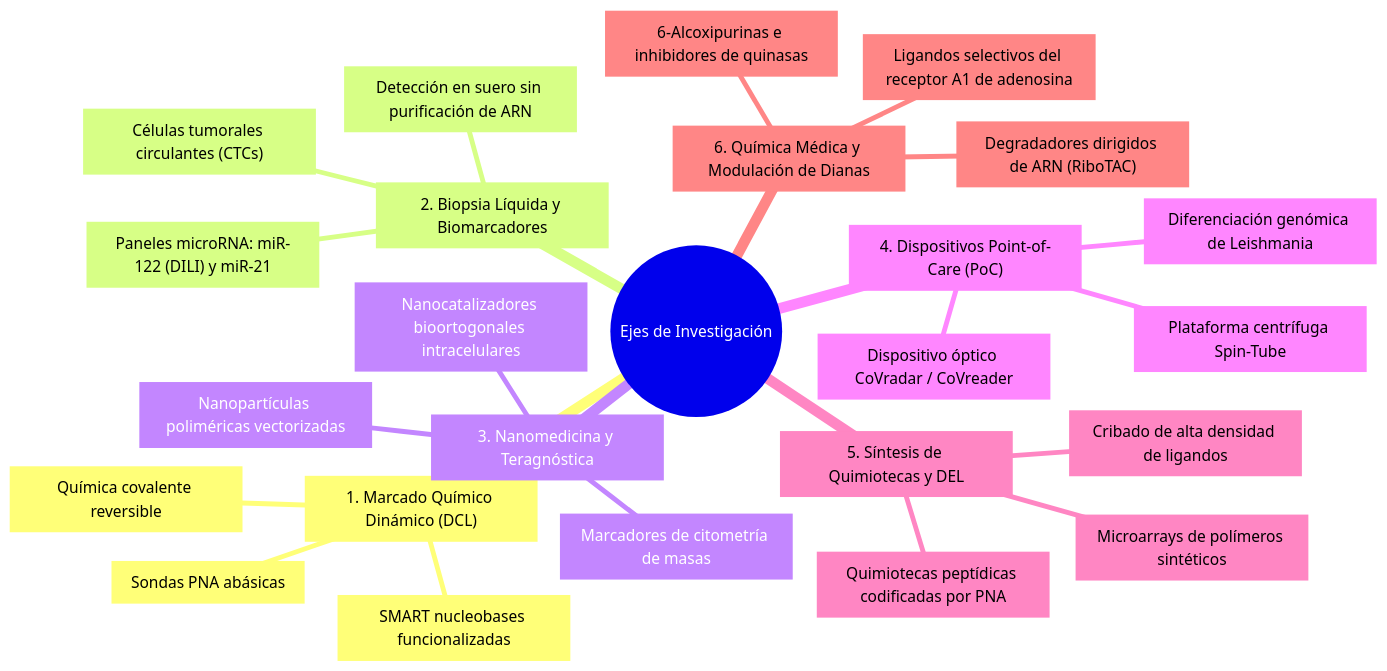
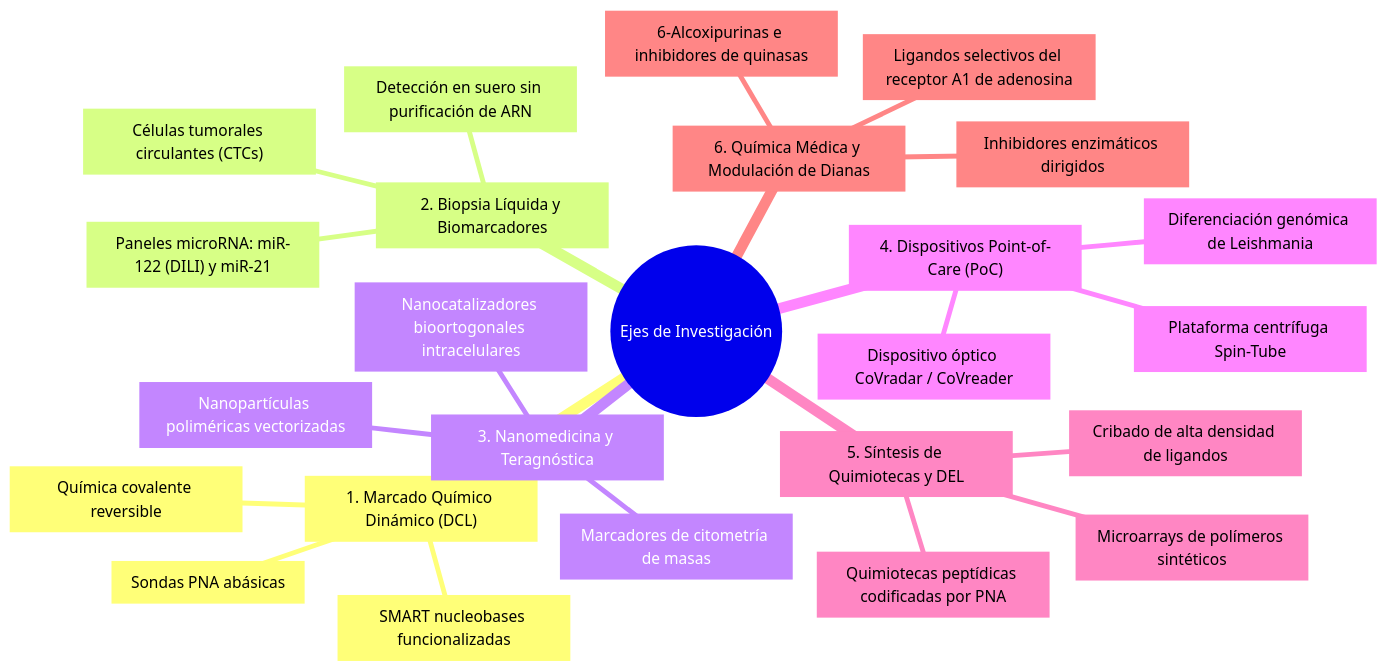
One commit to jjdmochon/Catedra-UGR-31-7-2026 changed the diagram in wiki/profile/Research_Overview.md. Above: the diagram before and after it, drawn with Mermaid. The commit also changed other lines of this file and 21 other files, not shown here.

Commit message:
feat(concurso): Incorporar documentacion oficial de solicitud y tasas UGR, acreditacion ANECA y eliminar metodos no desarrollados (RiboTAC, drug2cell, Micro-C)

````diff
--- a/wiki/profile/Research_Overview.md
+++ b/wiki/profile/Research_Overview.md
@@ -19,28 +19,28 @@
 ```mermaid
 mindmap
   root((Ejes de Investigación))
     id1["1. Marcado Químico Dinámico (DCL)"]
       ["Química covalente reversible"]
       ["Sondas PNA abásicas"]
       ["SMART nucleobases funcionalizadas"]
     id2["2. Biopsia Líquida y Biomarcadores"]
       ["Paneles microRNA: miR-122 (DILI) y miR-21"]
       ["Células tumorales circulantes (CTCs)"]
       ["Detección en suero sin purificación de ARN"]
     id3["3. Nanomedicina y Teragnóstica"]
       ["Nanopartículas poliméricas vectorizadas"]
       ["Nanocatalizadores bioortogonales intracelulares"]
       ["Marcadores de citometría de masas"]
     id4["4. Dispositivos Point-of-Care (PoC)"]
       ["Plataforma centrífuga Spin-Tube"]
       ["Dispositivo óptico CoVradar / CoVreader"]
       ["Diferenciación genómica de Leishmania"]
     id5["5. Síntesis de Quimiotecas y DEL"]
       ["Microarrays de polímeros sintéticos"]
       ["Quimiotecas peptídicas codificadas por PNA"]
       ["Cribado de alta densidad de ligandos"]
     id6["6. Química Médica y Modulación de Dianas"]
       ["6-Alcoxipurinas e inhibidores de quinasas"]
       ["Ligandos selectivos del receptor A1 de adenosina"]
-      ["Degradadores dirigidos de ARN (RiboTAC)"]
+      ["Inhibidores enzimáticos dirigidos"]
 ```
````
